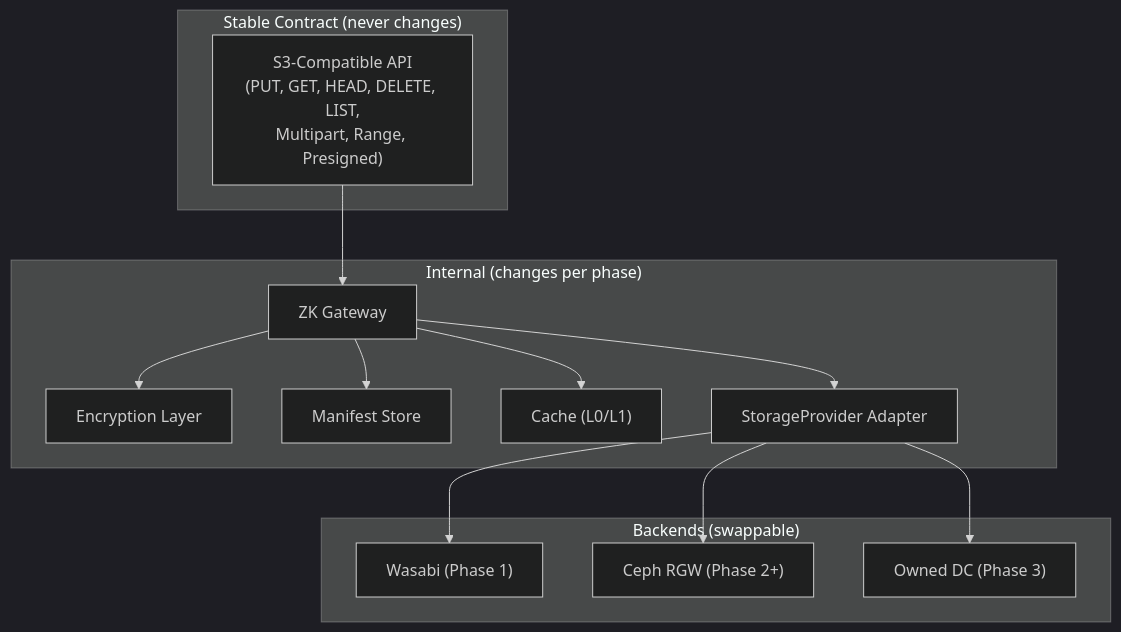
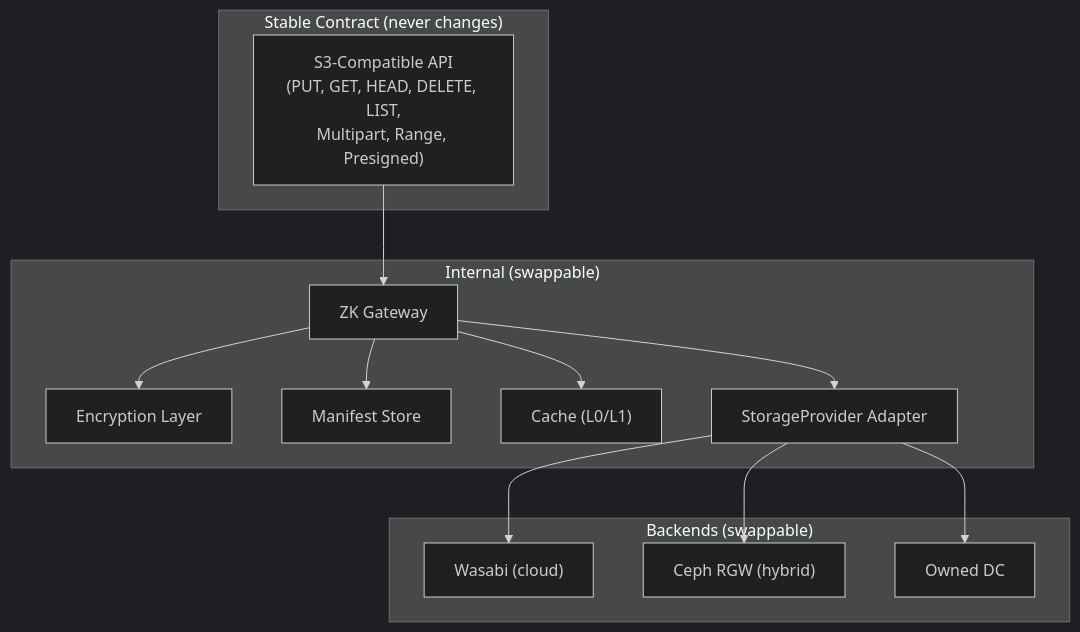
One commit to kennguy3n/zk-object-fabric changed the second of 3 diagrams in docs/PROPOSAL.md. Above: the diagram before and after it, drawn with Mermaid (dark theme). The commit also changed other lines of this file and 169 other files, not shown here.

````diff
--- a/docs/PROPOSAL.md
+++ b/docs/PROPOSAL.md
@@ -360,27 +355,27 @@
 ```mermaid
 flowchart TD
     subgraph Stable["Stable Contract (never changes)"]
         S3["S3-Compatible API<br/>(PUT, GET, HEAD, DELETE, LIST,<br/>Multipart, Range, Presigned)"]
     end
-    subgraph Internal["Internal (changes per phase)"]
+    subgraph Internal["Internal (swappable)"]
         GW["ZK Gateway"]
         ENC["Encryption Layer"]
         MAN["Manifest Store"]
         CACHE["Cache (L0/L1)"]
         ADAPT["StorageProvider Adapter"]
     end
     subgraph Backends["Backends (swappable)"]
-        W["Wasabi (Phase 1)"]
-        CEPH["Ceph RGW (Phase 2+)"]
-        OWN["Owned DC (Phase 3)"]
+        W["Wasabi (cloud)"]
+        CEPH["Ceph RGW (hybrid)"]
+        OWN["Owned DC"]
     end
 
     S3 --> GW
     GW --> ENC
     GW --> MAN
     GW --> CACHE
     GW --> ADAPT
     ADAPT --> W
     ADAPT --> CEPH
     ADAPT --> OWN
 ```
````
